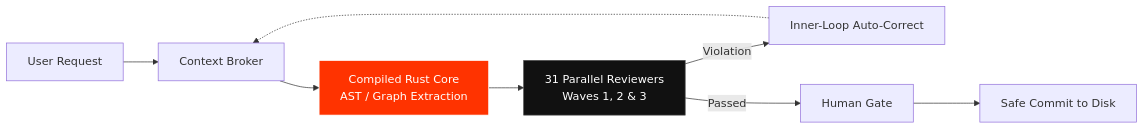
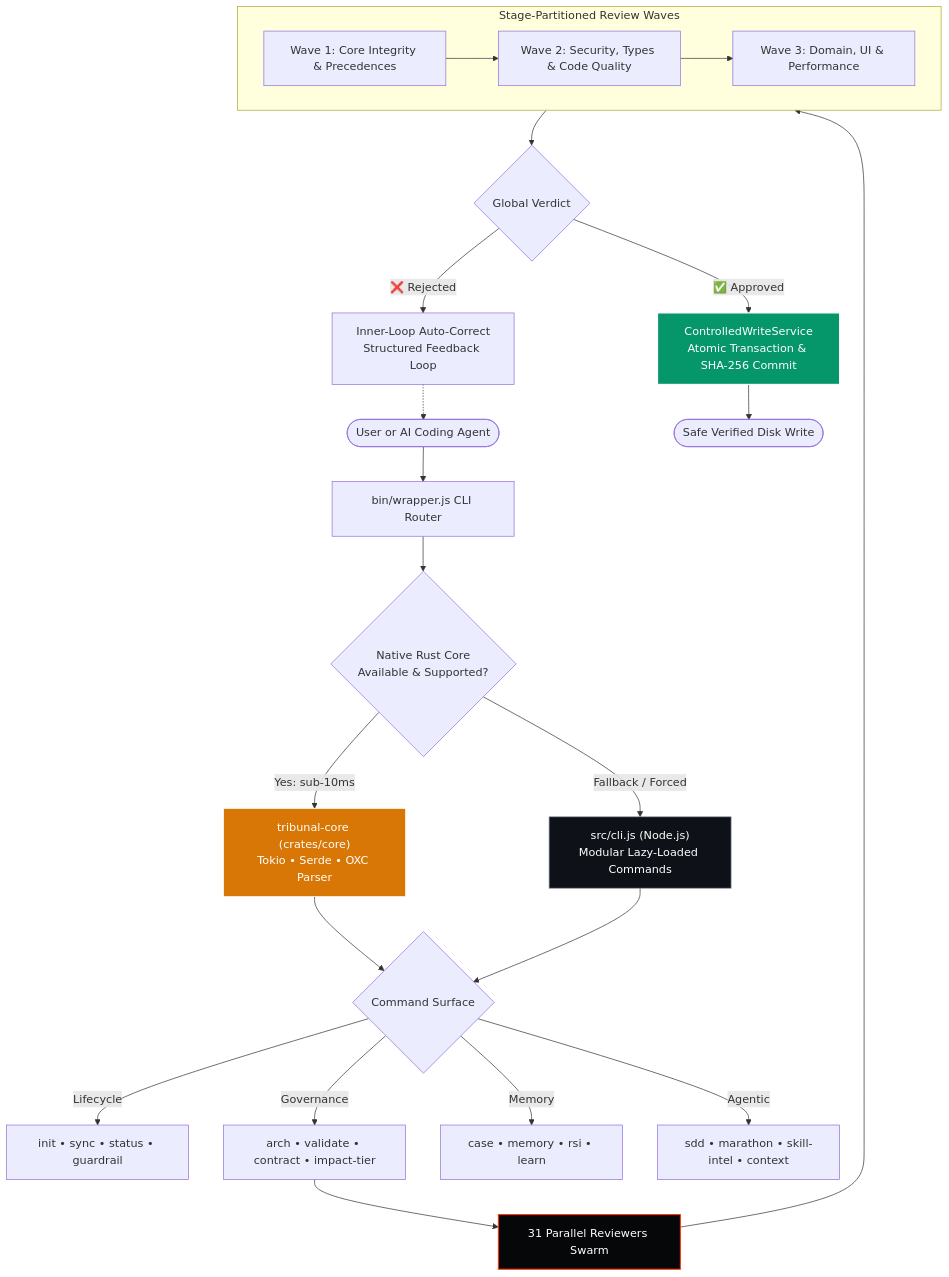
The first of 2 diagrams in README.md (Harmitx7/tribunal-kit), drawn with Mermaid before and after one commit. The commit also changed other lines of this file and 1 other file, not shown here.

Commit message:
docs(security): clarify permissions, threat model, and disclosure policy

````diff
--- a/README.md
+++ b/README.md
@@ -82,13 +247,38 @@
 ```mermaid
-graph LR
-    A[User Request] --> B[Context Broker]
-    B --> C[Compiled Rust Core<br/>AST / Graph Extraction]
-    C --> D[31 Parallel Reviewers<br/>Waves 1, 2 & 3]
-    D -->|Violation| E[Inner-Loop Auto-Correct]
-    E -.-> B
-    D -->|Passed| F[Human Gate]
-    F --> G[Safe Commit to Disk]
+flowchart TD
+    User([User or AI Coding Agent]) --> Wrapper[bin/wrapper.js CLI Router]
 
-    style C fill:#ff3300,stroke:#fff,stroke-width:1px,color:#fff
-    style D fill:#111,stroke:#444,stroke-width:1px,color:#fff
+    Wrapper --> EngineCheck{Native Rust Core<br/>Available & Supported?}
+    EngineCheck -->|Yes: sub-10ms| RustCore["tribunal-core (crates/core)<br/>Tokio • Serde • OXC Parser"]
+    EngineCheck -->|Fallback / Forced| JSEngine["src/cli.js (Node.js)<br/>Modular Lazy-Loaded Commands"]
+
+    RustCore --> Router{Command Surface}
+    JSEngine --> Router
+
+    Router -->|Lifecycle| C1["init • sync • status • guardrail"]
+    Router -->|Governance| C2["arch • validate • contract • impact-tier"]
+    Router -->|Memory| C3["case • memory • rsi • learn"]
+    Router -->|Agentic| C4["sdd • marathon • skill-intel • context"]
+
+    C2 --> Swarm["31 Parallel Reviewers Swarm"]
+
+    subgraph Waves [Stage-Partitioned Review Waves]
+        W1["Wave 1: Core Integrity & Precedences"]
+        W2["Wave 2: Security, Types & Code Quality"]
+        W3["Wave 3: Domain, UI & Performance"]
+        W1 --> W2 --> W3
+    end
+
+    Swarm --> Waves
+    Waves --> VerdictCheck{Global Verdict}
+
+    VerdictCheck -->|❌ Rejected| AutoCorrect["Inner-Loop Auto-Correct<br/>Structured Feedback Loop"]
+    AutoCorrect -.-> User
+    VerdictCheck -->|✅ Approved| ControlledWrite["ControlledWriteService<br/>Atomic Transaction & SHA-256 Commit"]
+    ControlledWrite --> SafeDisk([Safe Verified Disk Write])
+
+    style RustCore fill:#d97706,stroke:#fff,stroke-width:1px,color:#fff
+    style JSEngine fill:#0e1117,stroke:#8a92a3,stroke-width:1px,color:#fff
+    style Swarm fill:#060709,stroke:#ff3300,stroke-width:1.5px,color:#fff
+    style ControlledWrite fill:#059669,stroke:#fff,stroke-width:1.5px,color:#fff
 ```
````
